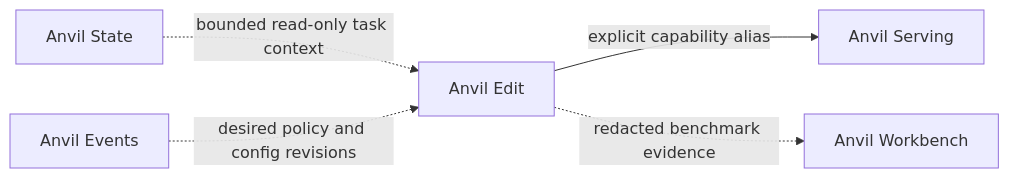
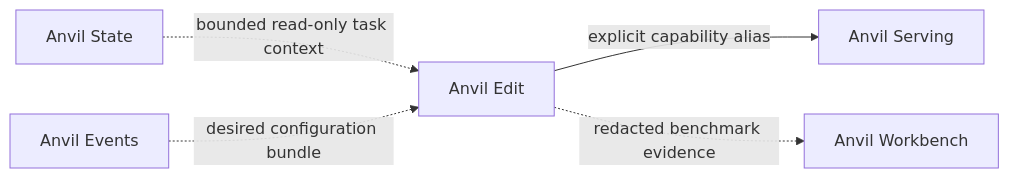
The second of 3 diagrams in docs/ARCHITECTURE.md (fakoli/anvil-edit), drawn with Mermaid before and after one commit. The commit also changed other lines of this file and 10 other files, not shown here.

````diff
--- a/docs/ARCHITECTURE.md
+++ b/docs/ARCHITECTURE.md
@@ -296,13 +300,13 @@
 ```mermaid
 flowchart LR
     STATE[Anvil State]
     EVENTS[Anvil Events]
     EDIT[Anvil Edit]
     SERVE[Anvil Serving]
     WB[Anvil Workbench]
 
     STATE -. bounded read-only task context .-> EDIT
-    EVENTS -. desired policy and config revisions .-> EDIT
+    EVENTS -. desired configuration bundle .-> EDIT
     EDIT -->|explicit capability alias| SERVE
     EDIT -. redacted benchmark evidence .-> WB
 ```
````
